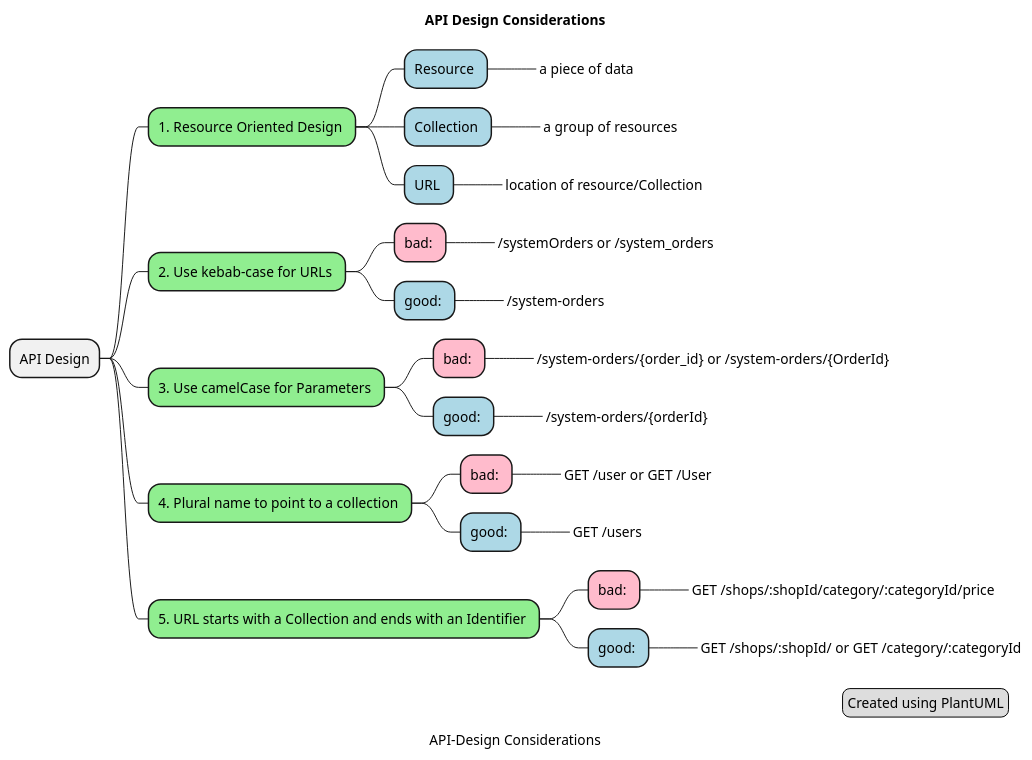
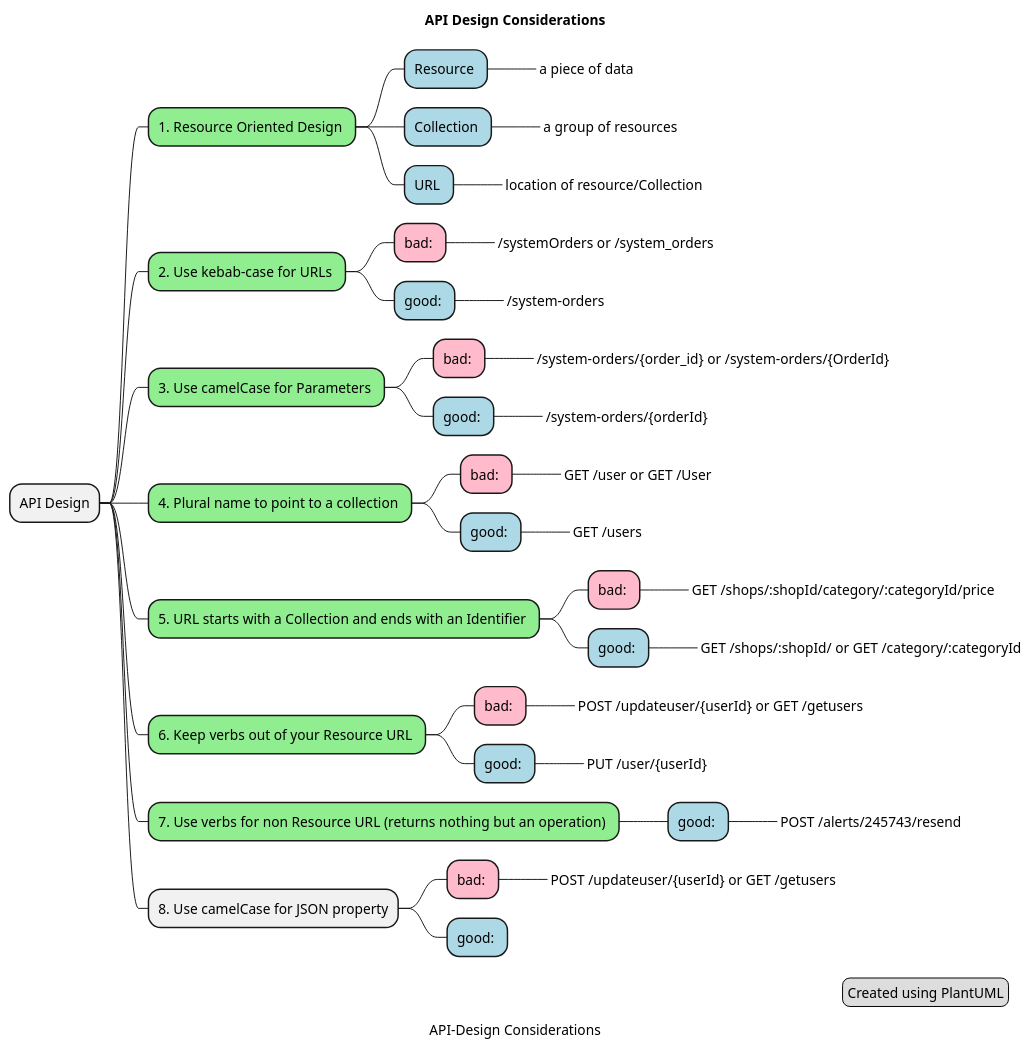
One commit to djiwandou/scaleup changed the diagram in figures/api-design.puml. Above: the diagram before and after it, drawn with PlantUML.

Commit message:
Graph: Add point #8 on API design

```diff
--- a/figures/api-design.puml
+++ b/figures/api-design.puml
@@ -1,49 +1,60 @@
 @startmindmap
 caption API-Design Considerations
 title API Design Considerations
 <style>
 mindmapDiagram {
   .green {
     BackgroundColor lightgreen
   }
   .rose {
     BackgroundColor #FFBBCC
   }
   .lightblue {
     BackgroundColor lightblue
   }
 }
 </style>
 * API Design
 ** 1. Resource Oriented Design <<green>>
 *** Resource <<lightblue>>
 ****_ a piece of data
 *** Collection <<lightblue>>
 ****_ a group of resources
 *** URL <<lightblue>>
 ****_ location of resource/Collection
 ** 2. Use kebab-case for URLs <<green>>
 *** bad: <<rose>>
 ****_ /systemOrders or /system_orders
 *** good: <<lightblue>>
 ****_ /system-orders
 ** 3. Use camelCase for Parameters <<green>>
 *** bad: <<rose>>
 ****_ /system-orders/{order_id} or /system-orders/{OrderId}
 *** good: <<lightblue>>
 ****_ /system-orders/{orderId}
 ** 4. Plural name to point to a collection <<green>>
 *** bad: <<rose>>
 ****_ GET /user or GET /User
 *** good: <<lightblue>>
 ****_ GET /users
 ** 5. URL starts with a Collection and ends with an Identifier <<green>>
 *** bad: <<rose>>
 ****_ GET /shops/:shopId/category/:categoryId/price
 *** good: <<lightblue>>
 ****_ GET /shops/:shopId/ or GET /category/:categoryId
-
+** 6. Keep verbs out of your Resource URL <<green>>
+*** bad: <<rose>>
+****_ POST /updateuser/{userId} or GET /getusers
+*** good: <<lightblue>>
+****_ PUT /user/{userId}
+** 7. Use verbs for non Resource URL (returns nothing but an operation) <<green>>
+*** good: <<lightblue>>
+****_ POST /alerts/245743/resend
+** 8. Use camelCase for JSON property
+*** bad: <<rose>>
+****_ POST /updateuser/{userId} or GET /getusers
+*** good: <<lightblue>>
 legend right
   Created using PlantUML
 endlegend
 @endmindmap
```
